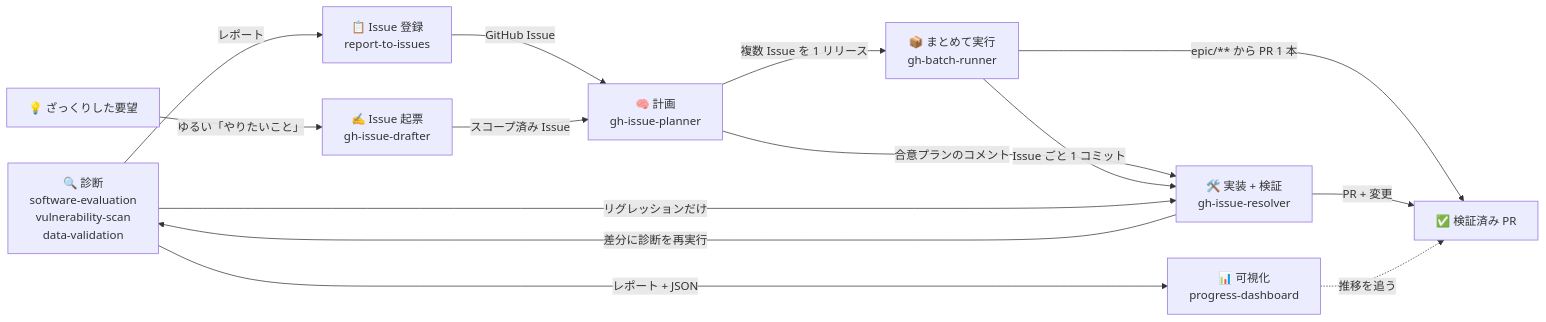
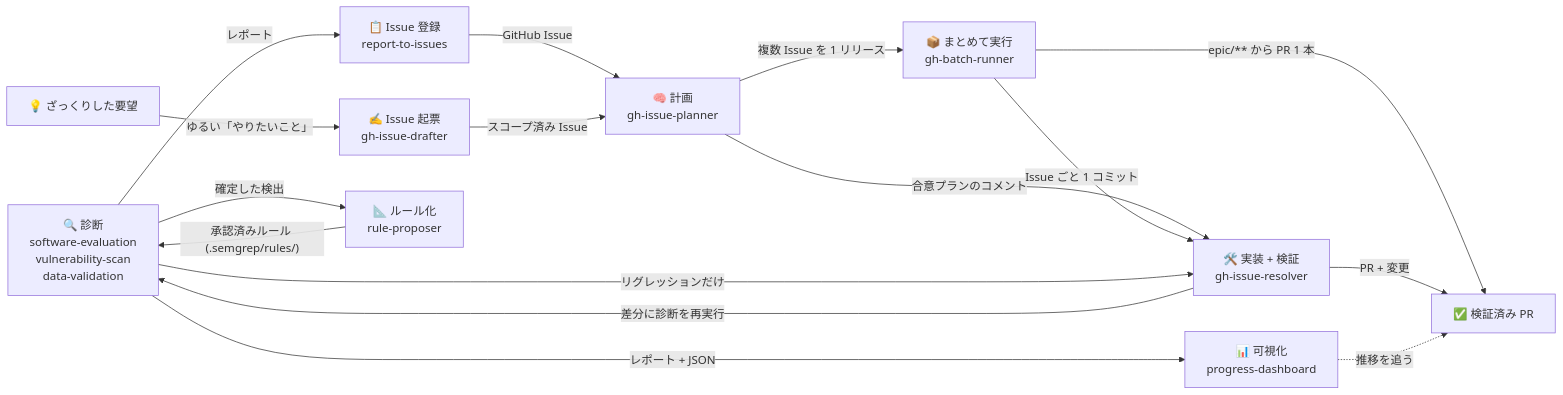
The diagram in README.ja.md (northraystudio/maruda), drawn with Mermaid before and after one commit. The commit also changed other lines of this file and 3 other files, not shown here.

First line of the commit message:
feat(#28): add rule-proposer to turn confirmed findings into Semgrep rules

````diff
--- a/README.ja.md
+++ b/README.ja.md
@@ -91,24 +92,27 @@
 ```mermaid
 graph LR
     Diagnose["🔍 診断<br/>software-evaluation<br/>vulnerability-scan<br/>data-validation"]
     Visualize["📊 可視化<br/>progress-dashboard"]
     Register["📋 Issue 登録<br/>report-to-issues"]
     Draft["✍️ Issue 起票<br/>gh-issue-drafter"]
     Plan["🧠 計画<br/>gh-issue-planner"]
     Resolve["🛠️ 実装 + 検証<br/>gh-issue-resolver"]
     Batch["📦 まとめて実行<br/>gh-batch-runner"]
+    Rules["📐 ルール化<br/>rule-proposer"]
 
     Idea["💡 ざっくりした要望"] -- "ゆるい「やりたいこと」" --> Draft
     Diagnose -- "レポート + JSON" --> Visualize
     Diagnose -- "レポート" --> Register
+    Diagnose -- "確定した検出" --> Rules
+    Rules -- "承認済みルール (.semgrep/rules/)" --> Diagnose
     Register -- "GitHub Issue" --> Plan
     Draft -- "スコープ済み Issue" --> Plan
     Plan -- "合意プランのコメント" --> Resolve
     Plan -- "複数 Issue を 1 リリース" --> Batch
     Batch -- "Issue ごと 1 コミット" --> Resolve
     Batch -- "epic/** から PR 1 本" --> Done
     Resolve -- "差分に診断を再実行" --> Diagnose
     Diagnose -- "リグレッションだけ" --> Resolve
     Resolve -- "PR + 変更" --> Done["✅ 検証済み PR"]
     Visualize -. "推移を追う" .-> Done
 ```
````
